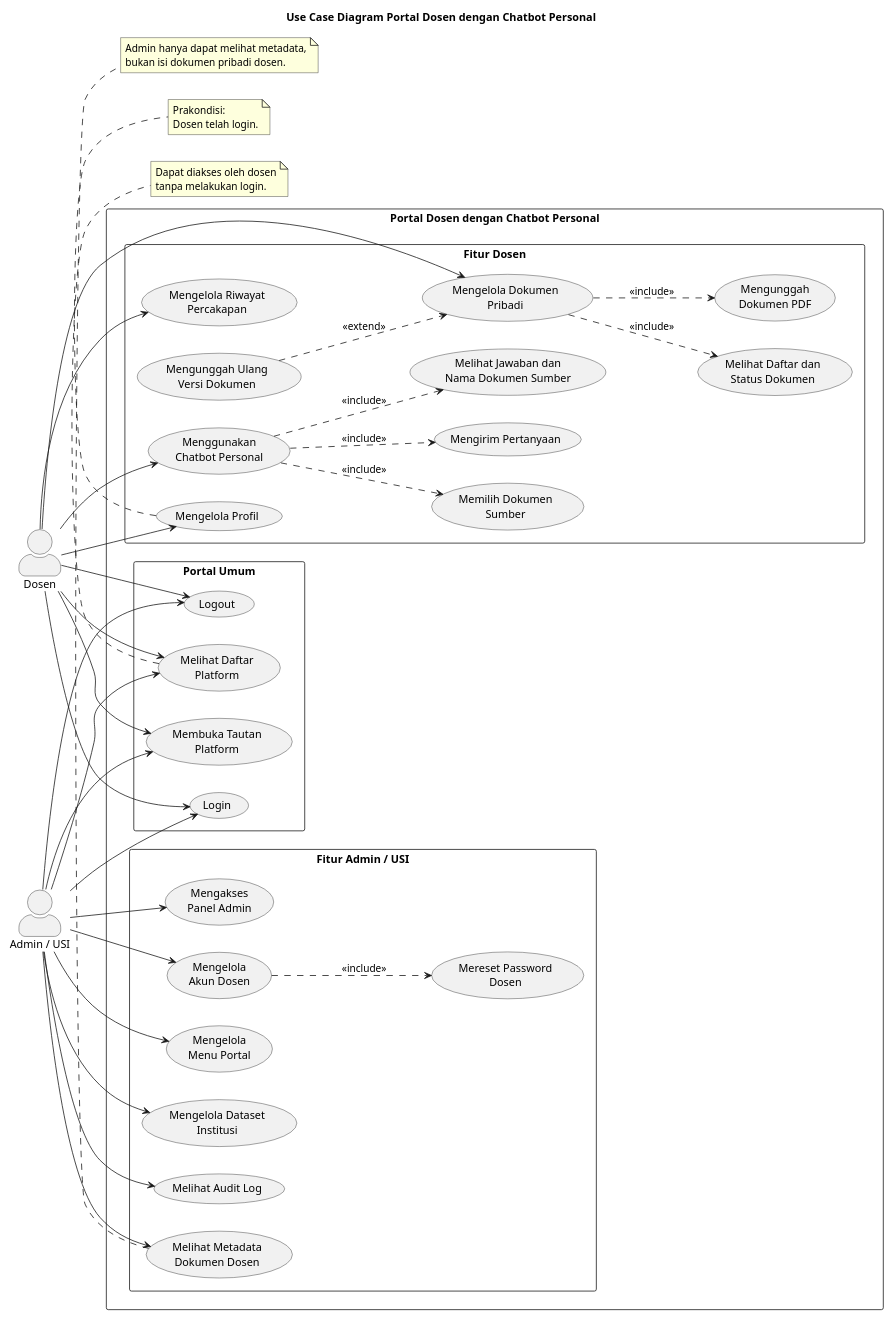
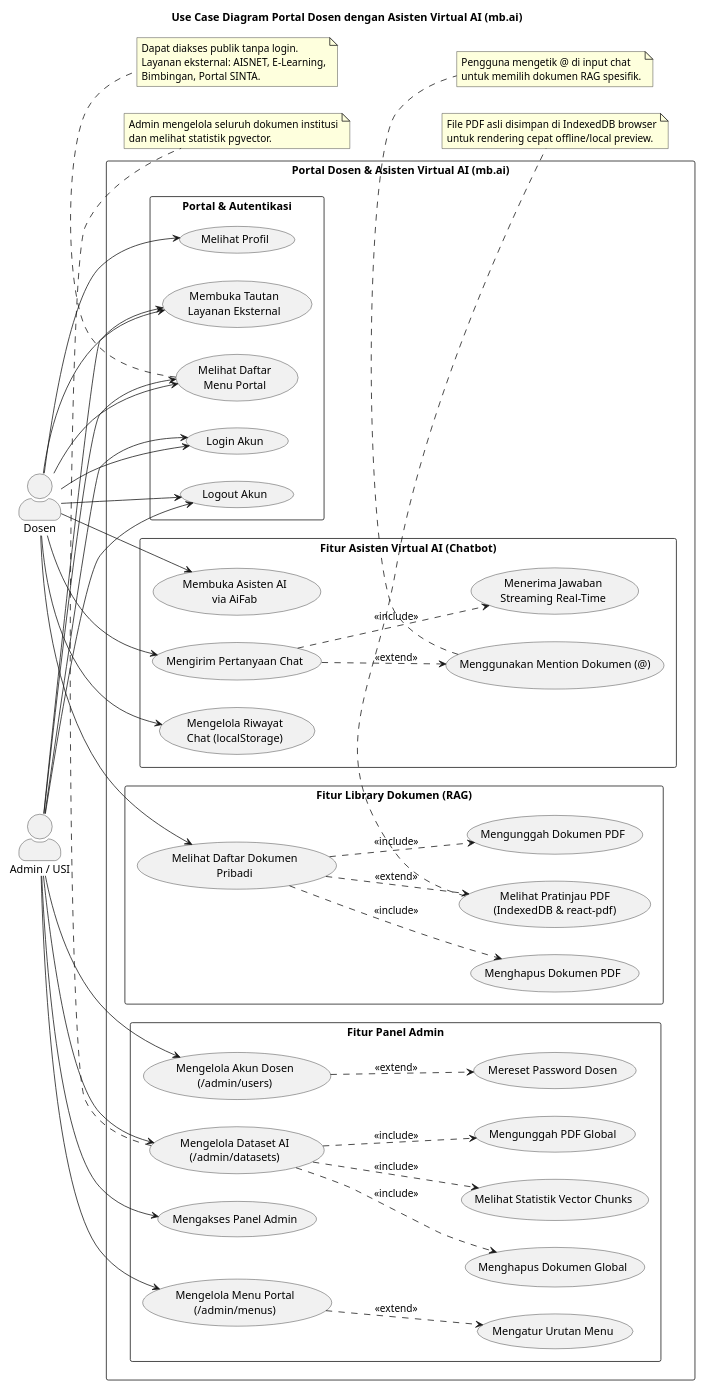
The diagram in uml/use_case.md (Badru9/chatbot), drawn with PlantUML before and after one commit. The commit also changed 15 other files, not shown here.

Commit message:
docs: update UML diagrams and feature documentation to align with current architecture

````diff
--- a/uml/use_case.md
+++ b/uml/use_case.md
@@ -3,6 +3,6 @@
 ```plantuml
 @startuml
-title Use Case Diagram Portal Dosen dengan Chatbot Personal
+title Use Case Diagram Portal Dosen dengan Asisten Virtual AI (mb.ai)
 
 left to right direction
 scale 0.85
@@ -14,39 +14,41 @@
 actor Dosen
 actor "Admin / USI" as Admin
 
-rectangle "Portal Dosen dengan Chatbot Personal" {
+rectangle "Portal Dosen & Asisten Virtual AI (mb.ai)" {
 
-    package "Portal Umum" {
-        usecase "Melihat Daftar\nPlatform" as UC01
-        usecase "Membuka Tautan\nPlatform" as UC02
-        usecase "Login" as UC03
-        usecase "Logout" as UC04
+    package "Portal & Autentikasi" {
+        usecase "Melihat Daftar\nMenu Portal" as UC01
+        usecase "Membuka Tautan\nLayanan Eksternal" as UC02
+        usecase "Login Akun" as UC03
+        usecase "Logout Akun" as UC04
+        usecase "Melihat Profil" as UC05
     }
 
-    package "Fitur Dosen" {
-        usecase "Mengelola Profil" as UC05
-
-        usecase "Mengelola Dokumen\nPribadi" as UC06
-        usecase "Melihat Daftar dan\nStatus Dokumen" as UC061
-        usecase "Mengunggah\nDokumen PDF" as UC062
-        usecase "Mengunggah Ulang\nVersi Dokumen" as UC063
-
-        usecase "Menggunakan\nChatbot Personal" as UC07
-        usecase "Memilih Dokumen\nSumber" as UC071
-        usecase "Mengirim Pertanyaan" as UC072
-        usecase "Melihat Jawaban dan\nNama Dokumen Sumber" as UC073
-
-        usecase "Mengelola Riwayat\nPercakapan" as UC08
+    package "Fitur Asisten Virtual AI (Chatbot)" {
+        usecase "Membuka Asisten AI\nvia AiFab" as UC06
+        usecase "Mengirim Pertanyaan Chat" as UC07
+        usecase "Menggunakan Mention Dokumen (@)" as UC071
+        usecase "Menerima Jawaban\nStreaming Real-Time" as UC072
+        usecase "Mengelola Riwayat\nChat (localStorage)" as UC08
     }
 
-    package "Fitur Admin / USI" {
-        usecase "Mengakses\nPanel Admin" as UC09
-        usecase "Mengelola\nAkun Dosen" as UC10
-        usecase "Mereset Password\nDosen" as UC101
-        usecase "Mengelola\nMenu Portal" as UC11
-        usecase "Mengelola Dataset\nInstitusi" as UC12
-        usecase "Melihat Metadata\nDokumen Dosen" as UC13
-        usecase "Melihat Audit Log" as UC14
+    package "Fitur Library Dokumen (RAG)" {
+        usecase "Melihat Daftar Dokumen\nPribadi" as UC09
+        usecase "Mengunggah Dokumen PDF" as UC091
+        usecase "Menghapus Dokumen PDF" as UC092
+        usecase "Melihat Pratinjau PDF\n(IndexedDB & react-pdf)" as UC093
+    }
+
+    package "Fitur Panel Admin" {
+        usecase "Mengakses Panel Admin" as UC10
+        usecase "Mengelola Dataset AI\n(/admin/datasets)" as UC11
+        usecase "Melihat Statistik Vector Chunks" as UC111
+        usecase "Mengunggah PDF Global" as UC112
+        usecase "Menghapus Dokumen Global" as UC113
+        usecase "Mengelola Menu Portal\n(/admin/menus)" as UC12
+        usecase "Mengatur Urutan Menu" as UC121
+        usecase "Mengelola Akun Dosen\n(/admin/users)" as UC13
+        usecase "Mereset Password Dosen" as UC131
     }
 }
 
@@ -58,41 +60,50 @@
 Dosen --> UC06
 Dosen --> UC07
 Dosen --> UC08
+Dosen --> UC09
 
 Admin --> UC01
 Admin --> UC02
 Admin --> UC03
 Admin --> UC04
-Admin --> UC09
 Admin --> UC10
 Admin --> UC11
 Admin --> UC12
 Admin --> UC13
-Admin --> UC14
 
-UC06 ..> UC061 : <<include>>
-UC06 ..> UC062 : <<include>>
-UC063 ..> UC06 : <<extend>>
+UC07 ..> UC071 : <<extend>>
+UC07 ..> UC072 : <<include>>
 
-UC07 ..> UC071 : <<include>>
-UC07 ..> UC072 : <<include>>
-UC07 ..> UC073 : <<include>>
+UC09 ..> UC091 : <<include>>
+UC09 ..> UC092 : <<include>>
+UC09 ..> UC093 : <<extend>>
 
-UC10 ..> UC101 : <<include>>
+UC11 ..> UC111 : <<include>>
+UC11 ..> UC112 : <<include>>
+UC11 ..> UC113 : <<include>>
+
+UC12 ..> UC121 : <<extend>>
+UC13 ..> UC131 : <<extend>>
 
 note bottom of UC01
-Dapat diakses oleh dosen
-tanpa melakukan login.
+Dapat diakses publik tanpa login.
+Layanan eksternal: AISNET, E-Learning,
+Bimbingan, Portal SINTA.
 end note
 
-note bottom of UC05
-Prakondisi:
-Dosen telah login.
+note bottom of UC071
+Pengguna mengetik @ di input chat
+untuk memilih dokumen RAG spesifik.
 end note
 
-note bottom of UC13
-Admin hanya dapat melihat metadata,
-bukan isi dokumen pribadi dosen.
+note bottom of UC093
+File PDF asli disimpan di IndexedDB browser
+untuk rendering cepat offline/local preview.
+end note
+
+note bottom of UC11
+Admin mengelola seluruh dokumen institusi
+dan melihat statistik pgvector.
 end note
 
 @enduml
````
